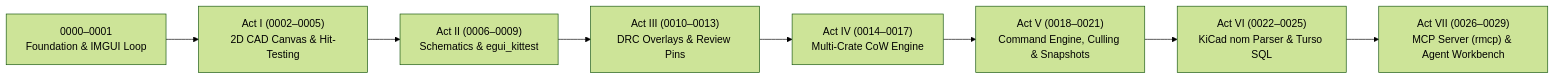
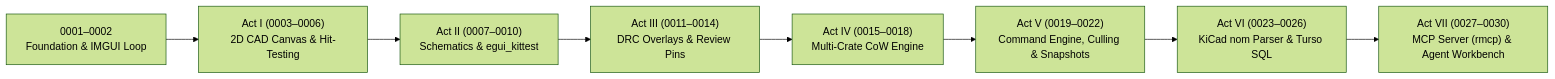
One commit to domesticmouse/learn-egui changed the diagram in index.md. Above: the diagram before and after it, drawn with Mermaid (forest theme). The commit also changed other lines of this file and 368 other files, not shown here.

````diff
--- a/index.md
+++ b/index.md
@@ -11,10 +11,10 @@
 ```mermaid
 flowchart LR
-  L0["0000–0001\nFoundation & IMGUI Loop"] --> A1["Act I (0002–0005)\n2D CAD Canvas & Hit-Testing"]
-  A1 --> A2["Act II (0006–0009)\nSchematics & egui_kittest"]
-  A2 --> A3["Act III (0010–0013)\nDRC Overlays & Review Pins"]
-  A3 --> A4["Act IV (0014–0017)\nMulti-Crate CoW Engine"]
-  A4 --> A5["Act V (0018–0021)\nCommand Engine, Culling & Snapshots"]
-  A5 --> A6["Act VI (0022–0025)\nKiCad nom Parser & Turso SQL"]
-  A6 --> A7["Act VII (0026–0029)\nMCP Server (rmcp) & Agent Workbench"]
+  L0["0001–0002\nFoundation & IMGUI Loop"] --> A1["Act I (0003–0006)\n2D CAD Canvas & Hit-Testing"]
+  A1 --> A2["Act II (0007–0010)\nSchematics & egui_kittest"]
+  A2 --> A3["Act III (0011–0014)\nDRC Overlays & Review Pins"]
+  A3 --> A4["Act IV (0015–0018)\nMulti-Crate CoW Engine"]
+  A4 --> A5["Act V (0019–0022)\nCommand Engine, Culling & Snapshots"]
+  A5 --> A6["Act VI (0023–0026)\nKiCad nom Parser & Turso SQL"]
+  A6 --> A7["Act VII (0027–0030)\nMCP Server (rmcp) & Agent Workbench"]
 ```
````
